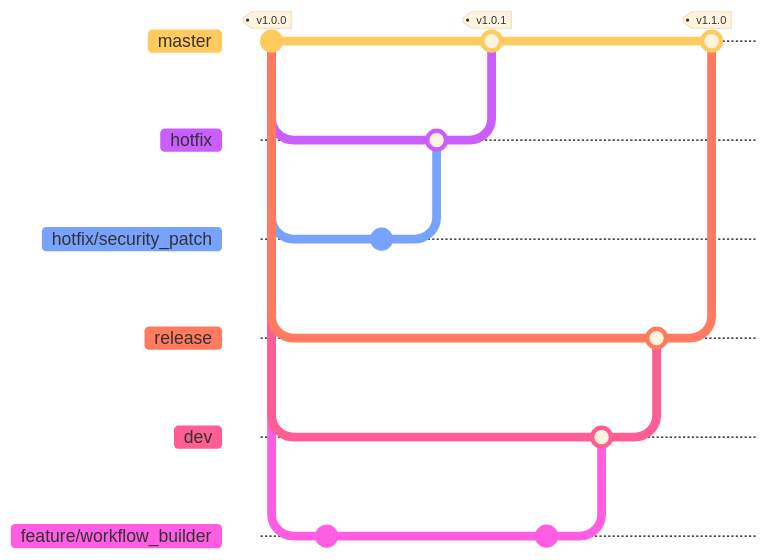
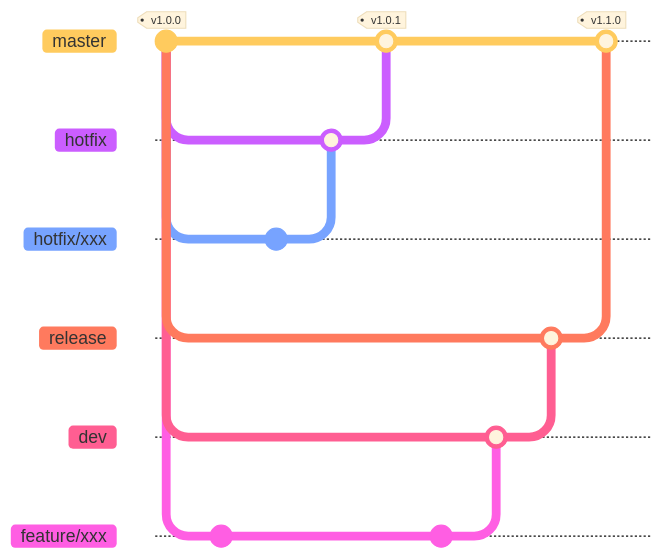
Before and after one commit to emundus/tchooz: the first of 6 diagrams in README.md, drawn with Mermaid. The commit also changed other lines of this file and 2 other files, not shown here.

````diff
--- a/README.md
+++ b/README.md
@@ -162,25 +162,25 @@
 ```mermaid
 %%{init: { 'logLevel': 'debug', 'theme': 'base', 'gitGraph': {'showBranches': true, 'showCommitLabel':false,'mainBranchName': 'master'}} }%%
 gitGraph
     commit id: "Initial commit" tag: "v1.0.0"
     branch hotfix order: 1
     branch release order: 3
     branch dev order: 4
-    branch feature/workflow_builder order: 5
+    branch feature/xxx order: 5
     commit id: "Add workflow builder"
     checkout hotfix
-    branch hotfix/security_patch order: 2
+    branch hotfix/xxx order: 2
     commit id: "Fix security issue"
     checkout hotfix
-    merge hotfix/security_patch id: "Security patch"
+    merge hotfix/xxx id: "Security patch"
     checkout master
     merge hotfix id: "Release 1.0.1" tag: "v1.0.1"
-    checkout feature/workflow_builder
+    checkout feature/xxx
     commit id: "Add new feature"
     checkout dev
-    merge feature/workflow_builder
+    merge feature/xxx
     checkout release
     merge dev
     checkout master
     merge release id: "Release 1.1.0" tag: "v1.1.0"
 ```    
````
